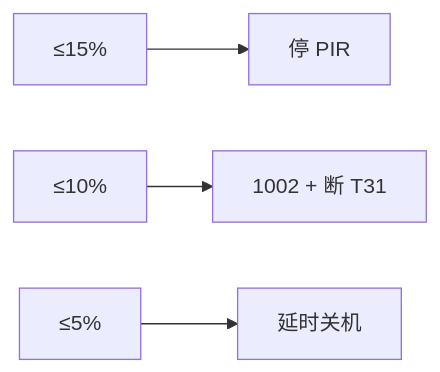
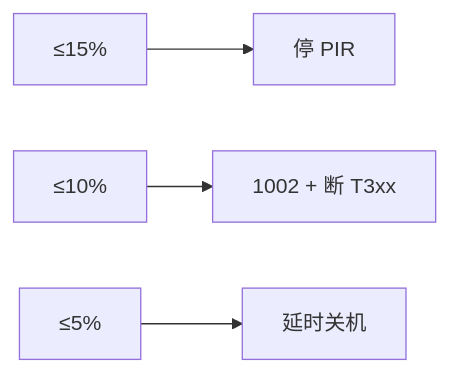
The diagram in doc/CONFIG.md (dzr1986/AIR780EHM), drawn with Mermaid before and after one commit. The commit also changed other lines of this file and 107 other files, not shown here.

````diff
--- a/doc/CONFIG.md
+++ b/doc/CONFIG.md
@@ -129,6 +129,6 @@
 ```mermaid
 flowchart LR
     A[≤15%] --> B[停 PIR]
-    C[≤10%] --> D[1002 + 断 T31]
+    C[≤10%] --> D[1002 + 断 T3xx]
     E[≤5%] --> F[延时关机]
 ```
````
